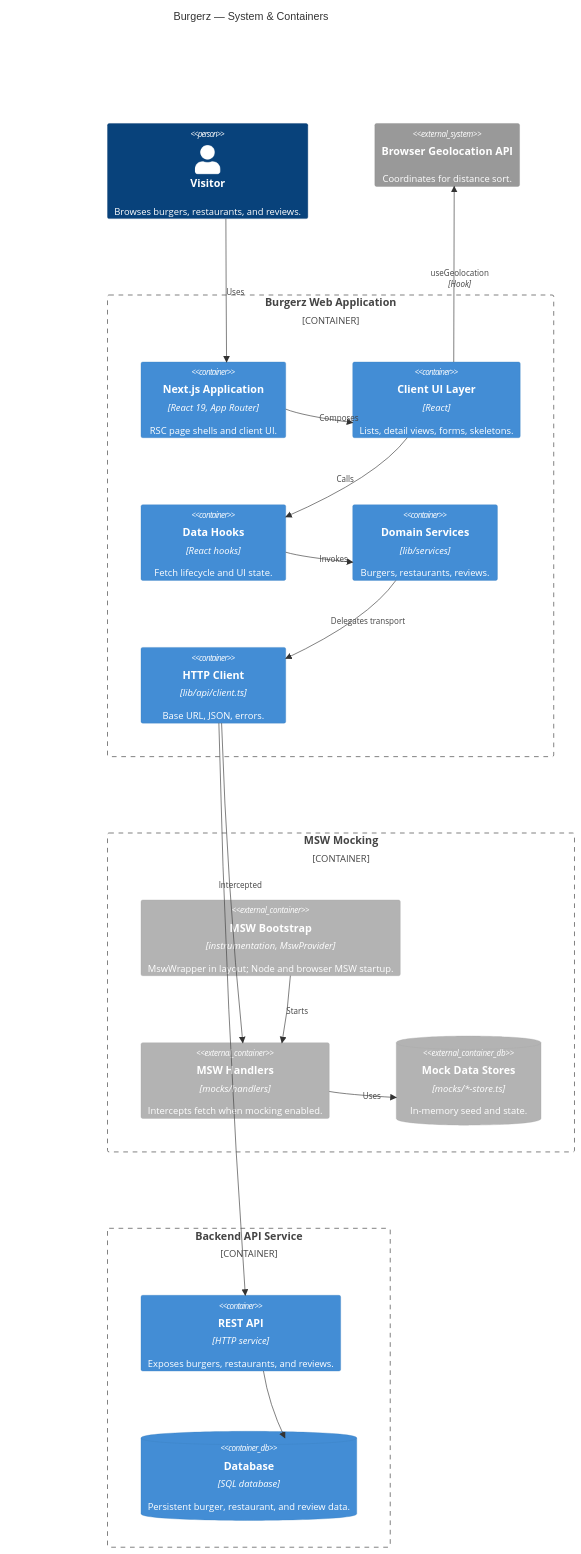
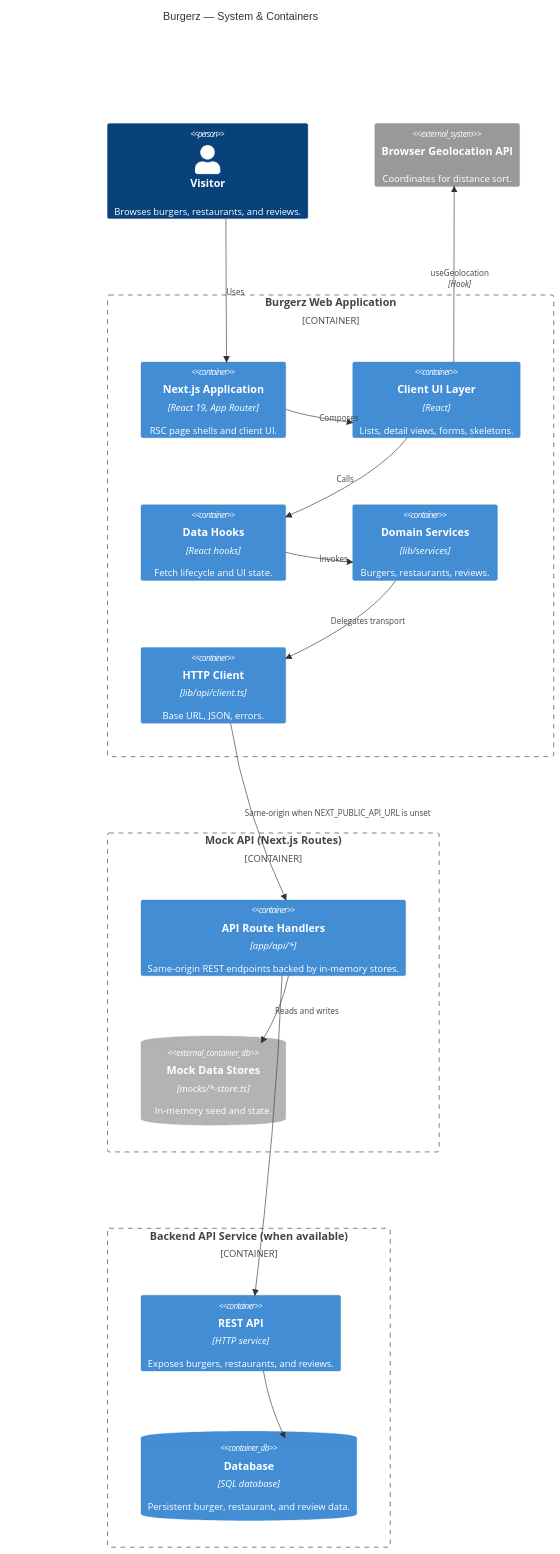
One commit to subtirelumihail/burgerz changed the diagram in docs/architecture/application-c4-diagram.md. Above: the diagram before and after it, drawn with Mermaid. The commit also changed 25 other files, not shown here.

Commit message:
chore: remove msw and keep mock api (#30)

````diff
--- a/docs/architecture/application-c4-diagram.md
+++ b/docs/architecture/application-c4-diagram.md
@@ -1,51 +1,48 @@
 ```mermaid
 C4Container
     title Burgerz — System & Containers
 
     UpdateLayoutConfig($c4ShapeInRow="2", $c4BoundaryInRow="1")
 
     Person(visitor, "Visitor", "Browses burgers, restaurants, and reviews.")
 
     System_Ext(geolocation, "Browser Geolocation API", "Coordinates for distance sort.")
 
     Container_Boundary(burgerz, "Burgerz Web Application") {
         Container(nextApp, "Next.js Application", "React 19, App Router", "RSC page shells and client UI.")
         Container(clientUI, "Client UI Layer", "React", "Lists, detail views, forms, skeletons.")
         Container(hooks, "Data Hooks", "React hooks", "Fetch lifecycle and UI state.")
         Container(services, "Domain Services", "lib/services", "Burgers, restaurants, reviews.")
         Container(apiClient, "HTTP Client", "lib/api/client.ts", "Base URL, JSON, errors.")
     }
 
-    Container_Boundary(mocking, "MSW Mocking") {
-        Container_Ext(mswBootstrap, "MSW Bootstrap", "instrumentation, MswProvider", "MswWrapper in layout; Node and browser MSW startup.")
-        Container_Ext(msw, "MSW Handlers", "mocks/handlers", "Intercepts fetch when mocking enabled.")
+    Container_Boundary(mockApi, "Mock API (Next.js Routes)") {
+        Container(apiRoutes, "API Route Handlers", "app/api/*", "Same-origin REST endpoints backed by in-memory stores.")
         ContainerDb_Ext(mockStores, "Mock Data Stores", "mocks/*-store.ts", "In-memory seed and state.")
     }
 
-    Container_Boundary(backend, "Backend API Service") {
+    Container_Boundary(backend, "Backend API Service (when available)") {
         Container(apiService, "REST API", "HTTP service", "Exposes burgers, restaurants, and reviews.")
         ContainerDb(database, "Database", "SQL database", "Persistent burger, restaurant, and review data.")
     }
 
     Rel_L(clientUI, geolocation, "useGeolocation", "Hook")
     Rel_L(visitor, nextApp, "Uses")
 
     Rel_R(nextApp, clientUI, "Composes")
     Rel_D(clientUI, hooks, "Calls")
     Rel_R(hooks, services, "Invokes")
     Rel_D(services, apiClient, "Delegates transport")
 
-    Rel_R(mswBootstrap, msw, "Starts")
-    Rel_D(msw, mockStores, "Uses")
-
-    Rel_D(apiClient, msw, "Intercepted")
+    Rel_R(apiRoutes, mockStores, "Reads and writes")
+    Rel_D(apiClient, apiRoutes, "Same-origin when NEXT_PUBLIC_API_URL is unset")
 
     Rel_R(apiService, database, "")
-    Rel_D(apiClient, apiService, "")
+    Rel_D(apiRoutes, apiService, "")
 
     UpdateRelStyle(clientUI, hooks, $offsetX="-15")
     UpdateRelStyle(services, apiClient, $offsetX="-15")
-    UpdateRelStyle(apiClient, msw, $offsetX="-20")
+    UpdateRelStyle(apiClient, apiRoutes, $offsetX="-20")
     UpdateRelStyle(apiClient, apiService, $offsetX="20")
     UpdateRelStyle(clientUI, geolocation, $offsetX="-35", $offsetY="-5")
 ```
````
